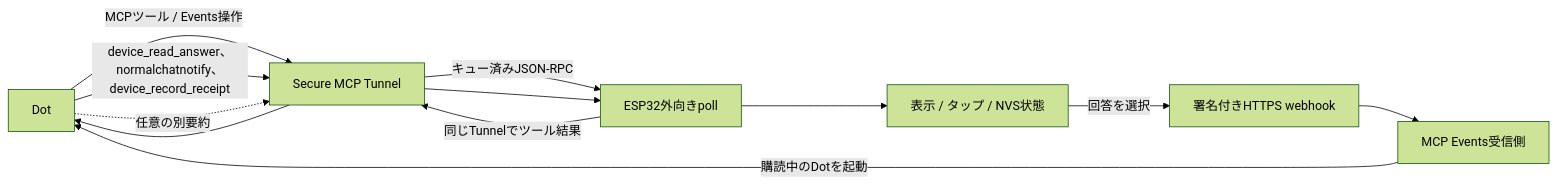
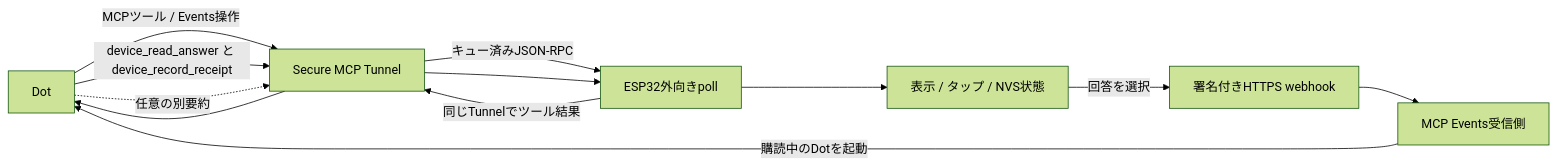
One commit to usedhonda/dots-device changed the first of 2 diagrams in docs/communication-spec.ja.md. Above: the diagram before and after it, drawn with Mermaid (forest theme). The commit also changed other lines of this file and 1 other file, not shown here.

Commit message:
docs: clarify device event routing

````diff
--- a/docs/communication-spec.ja.md
+++ b/docs/communication-spec.ja.md
@@ -24,13 +24,13 @@
 ```mermaid
 flowchart LR
   D[Dot] -->|MCPツール / Events操作| T[Secure MCP Tunnel]
   T -->|キュー済みJSON-RPC| P[ESP32外向きpoll]
   P -->|同じTunnelでツール結果| T --> D
   P --> U[表示 / タップ / NVS状態]
   U -->|回答を選択| S[署名付きHTTPS webhook]
   S --> E[MCP Events受信側]
   E -->|購読中のDotを起動| D
-  D -->|device_read_answer、normalchatnotify、device_record_receipt| T
+  D -->|device_read_answer と device_record_receipt| T
   T --> P
   D -.->|任意の別要約| T
 ```
````
